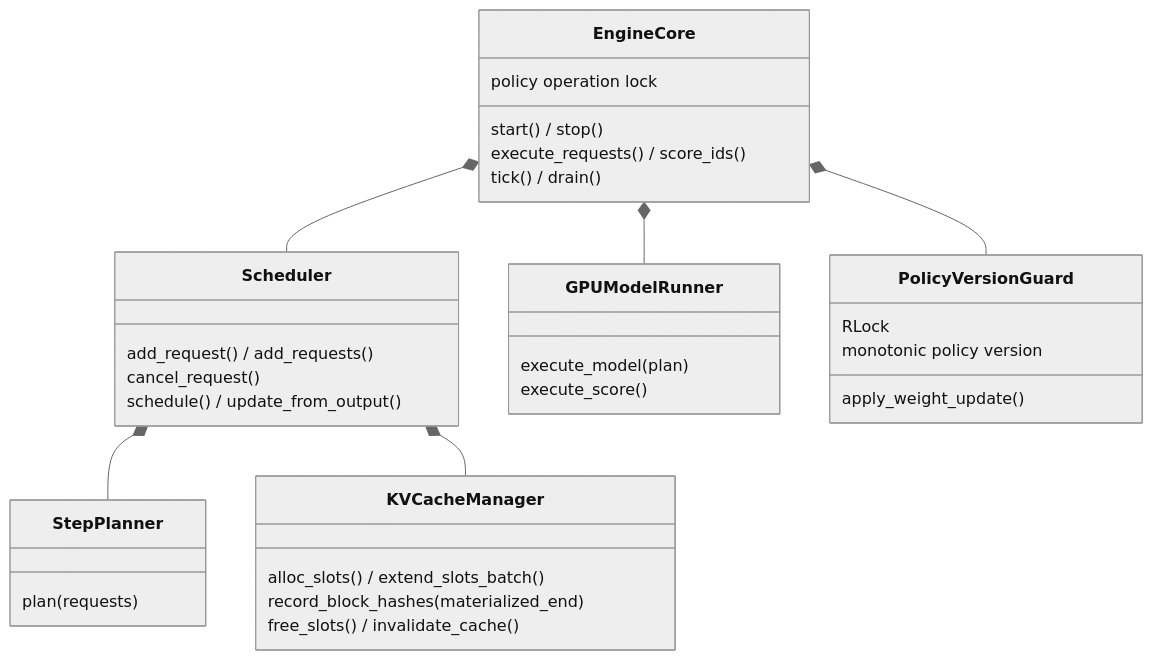
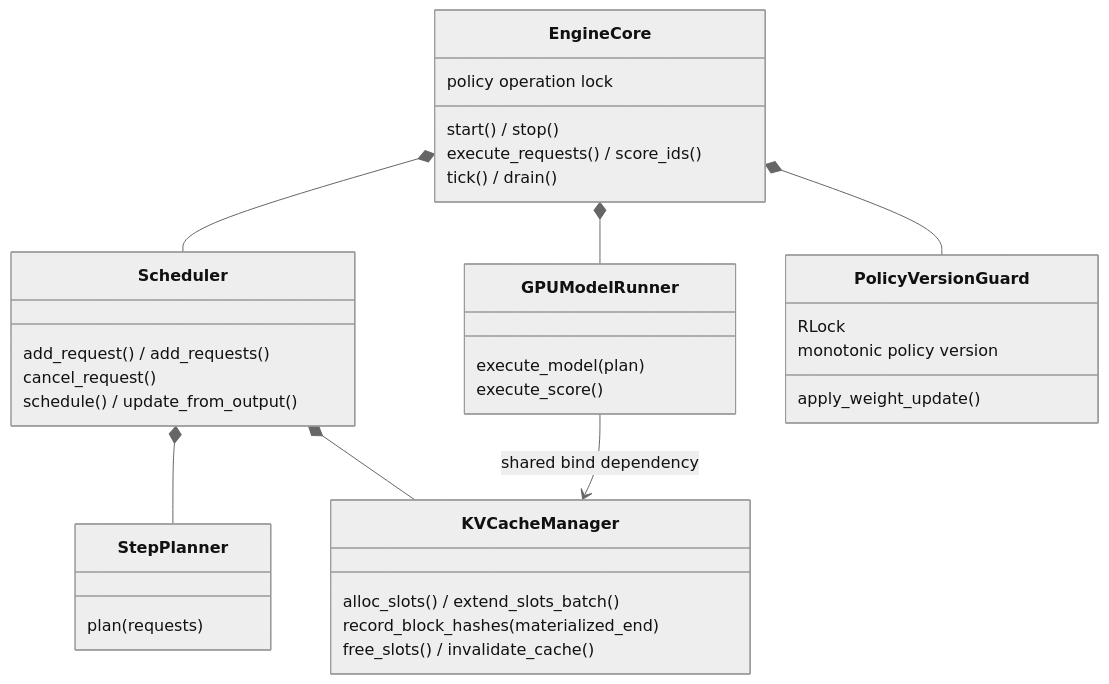
Before and after one commit to ViperEkura/AstrAI: the first of 2 diagrams in docs/developer/inference/core.md, drawn with Mermaid (neutral theme). The commit also changed other lines of this file and 17 other files, not shown here.

First line of the commit message:
docs: align architecture and runtime contracts

````diff
--- a/docs/developer/inference/core.md
+++ b/docs/developer/inference/core.md
@@ -16,38 +21,39 @@
 ```mermaid
 classDiagram
     direction TB
     class EngineCore {
         start() / stop()
         execute_requests() / score_ids()
         tick() / drain()
         policy operation lock
     }
     class Scheduler {
         add_request() / add_requests()
         cancel_request()
         schedule() / update_from_output()
     }
     class StepPlanner {
         plan(requests)
     }
     class GPUModelRunner {
         execute_model(plan)
         execute_score()
     }
     class KVCacheManager {
         alloc_slots() / extend_slots_batch()
         record_block_hashes(materialized_end)
         free_slots() / invalidate_cache()
     }
     class PolicyVersionGuard {
         RLock
         monotonic policy version
         apply_weight_update()
     }
 
     EngineCore *-- Scheduler
     EngineCore *-- GPUModelRunner
     EngineCore *-- PolicyVersionGuard
     Scheduler *-- StepPlanner
     Scheduler *-- KVCacheManager
+    GPUModelRunner --> KVCacheManager : shared bind dependency
 ```
````
